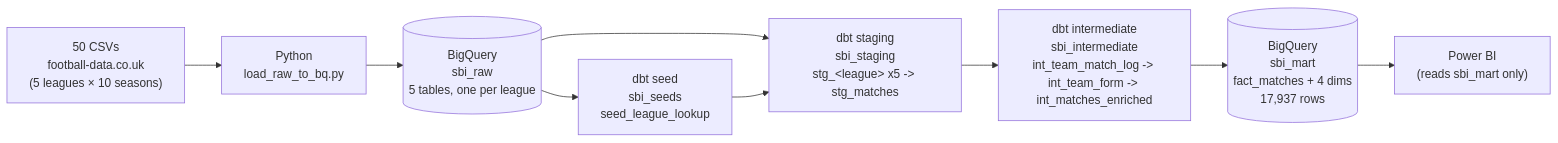
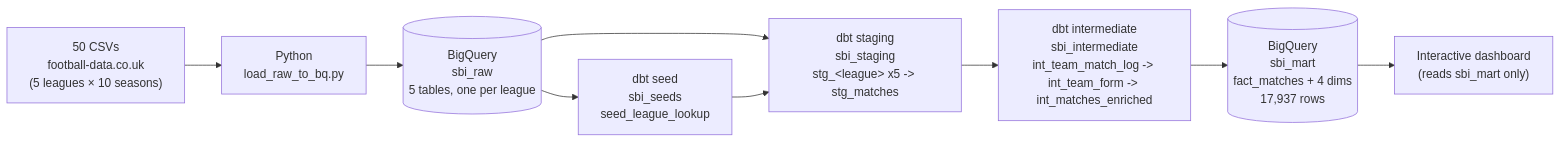
One commit to haodata/football-betting-analytics-pipeline changed the diagram in README.md. Above: the diagram before and after it, drawn with Mermaid.

Commit message:
Update MART to BI description in README

````diff
--- a/README.md
+++ b/README.md
@@ -37,11 +37,11 @@
 ```mermaid
 flowchart LR
     CSV["50 CSVs\nfootball-data.co.uk\n(5 leagues × 10 seasons)"] --> PY["Python\nload_raw_to_bq.py"]
     PY --> RAW[("BigQuery\nsbi_raw\n5 tables, one per league")]
     RAW --> SEED["dbt seed\nsbi_seeds\nseed_league_lookup"]
     RAW --> STG["dbt staging\nsbi_staging\nstg_&lt;league&gt; x5 -> stg_matches"]
     SEED --> STG
     STG --> INT["dbt intermediate\nsbi_intermediate\nint_team_match_log -> int_team_form -> int_matches_enriched"]
     INT --> MART[("BigQuery\nsbi_mart\nfact_matches + 4 dims\n17,937 rows")]
-    MART --> BI["Power BI\n(reads sbi_mart only)"]
+    MART --> BI["Interactive dashboard \n(reads sbi_mart only)"]
 ```
````
